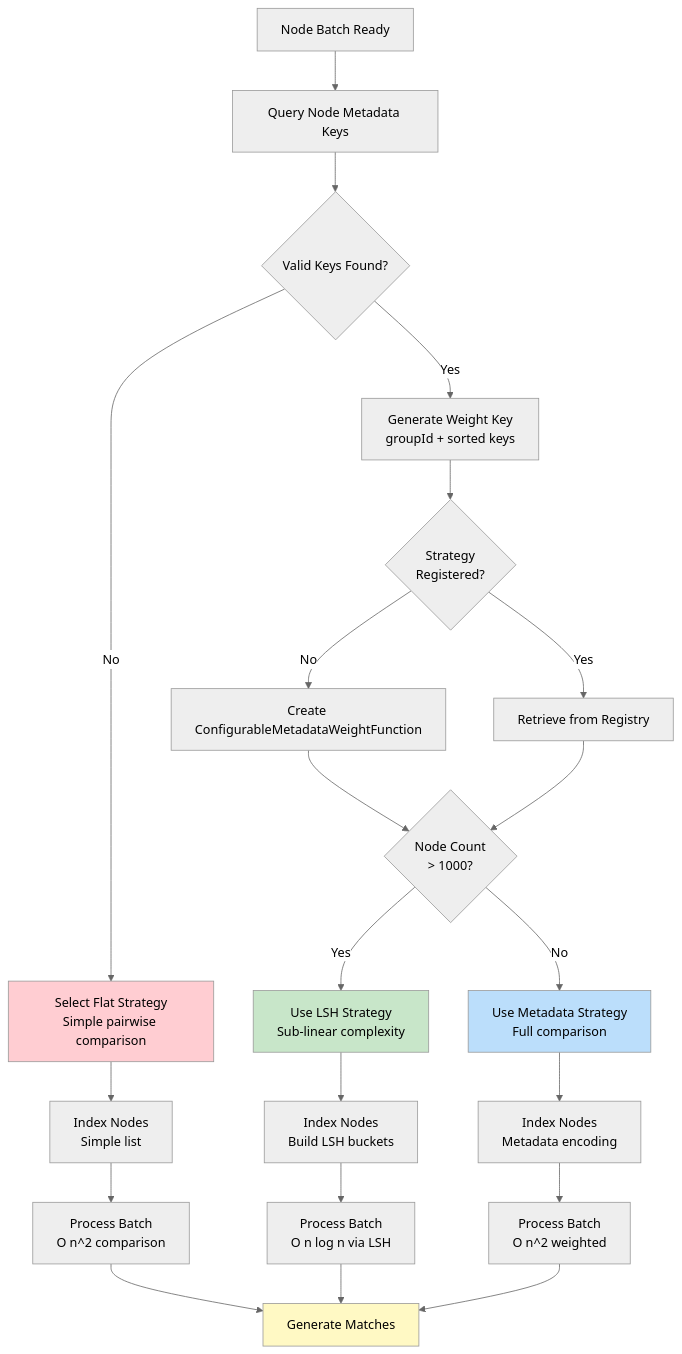
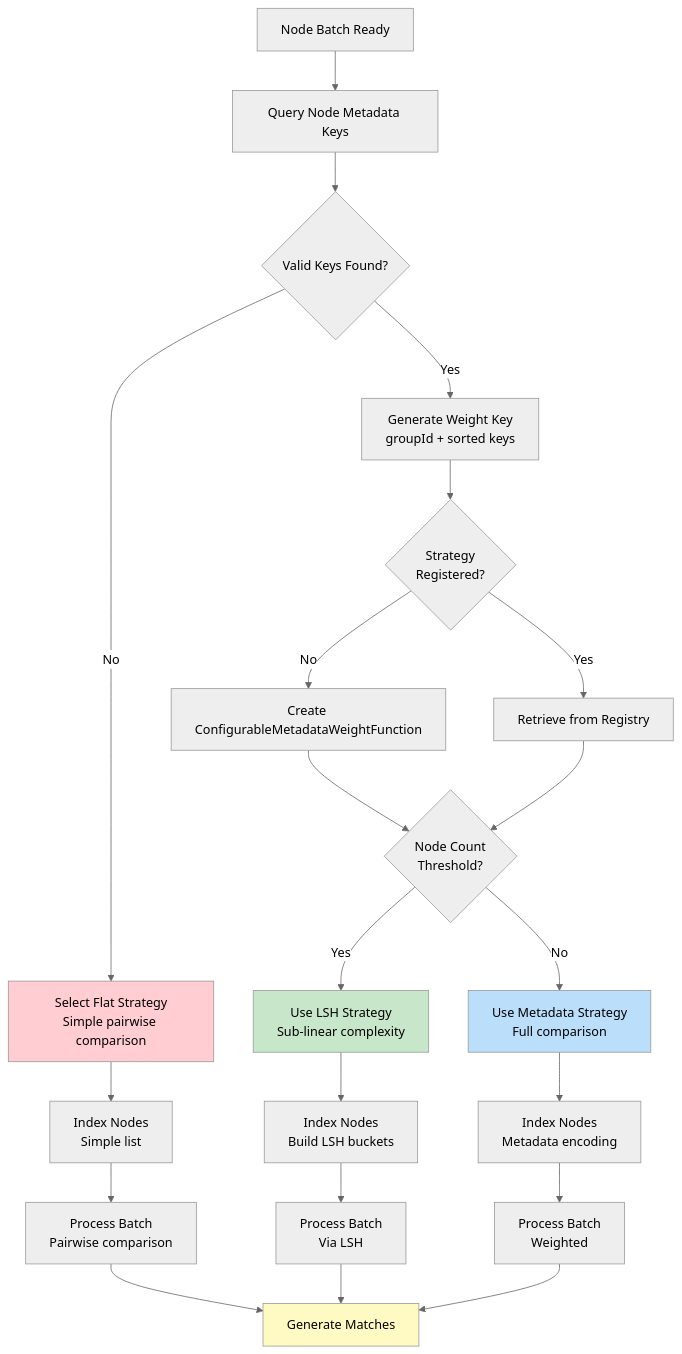
The fourth of 7 diagrams in docs/High Level Designs/ScheduledPotentialMatchesCreation.md (kagit00/schedule_x), drawn with Mermaid (neutral theme) before and after one commit. The commit also changed other lines of this file and 7 other files, not shown here.

````diff
--- a/docs/High Level Designs/ScheduledPotentialMatchesCreation.md
+++ b/docs/High Level Designs/ScheduledPotentialMatchesCreation.md
@@ -210,35 +202,35 @@
 ```mermaid
 flowchart TD
     A[Node Batch Ready] --> B[Query Node Metadata Keys]
     B --> C{Valid Keys Found?}
     
     C -->|No| D[Select Flat Strategy<br/>Simple pairwise comparison]
     C -->|Yes| E[Generate Weight Key<br/>groupId + sorted keys]
     
     E --> F{Strategy<br/>Registered?}
     F -->|No| G[Create ConfigurableMetadataWeightFunction]
     F -->|Yes| H[Retrieve from Registry]
     
-    G --> I{Node Count<br/>> 1000?}
+    G --> I{Node Count<br/>Threshold?}
     H --> I
     
     I -->|Yes| J[Use LSH Strategy<br/>Sub-linear complexity]
     I -->|No| K[Use Metadata Strategy<br/>Full comparison]
     
     D --> L[Index Nodes<br/>Simple list]
     J --> M[Index Nodes<br/>Build LSH buckets]
     K --> N[Index Nodes<br/>Metadata encoding]
     
-    L --> O[Process Batch<br/>O n^2 comparison]
-    M --> P[Process Batch<br/>O n log n via LSH]
-    N --> Q[Process Batch<br/>O n^2 weighted]
+    L --> O[Process Batch<br/>Pairwise comparison]
+    M --> P[Process Batch<br/>Via LSH]
+    N --> Q[Process Batch<br/>Weighted]
     
     O --> R[Generate Matches]
     P --> R
     Q --> R
     
     style D fill:#FFCDD2
     style J fill:#C8E6C9
     style K fill:#BBDEFB
     style R fill:#FFF9C4
 ```
````
